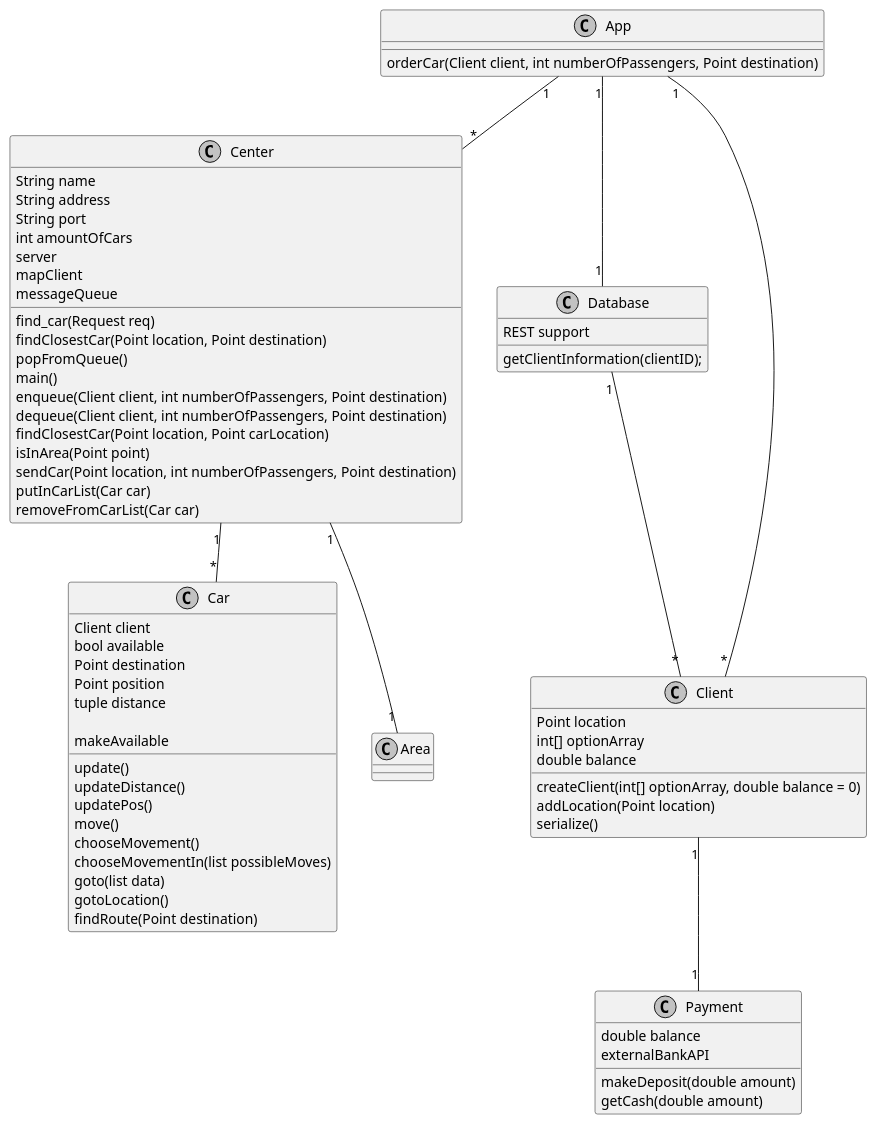
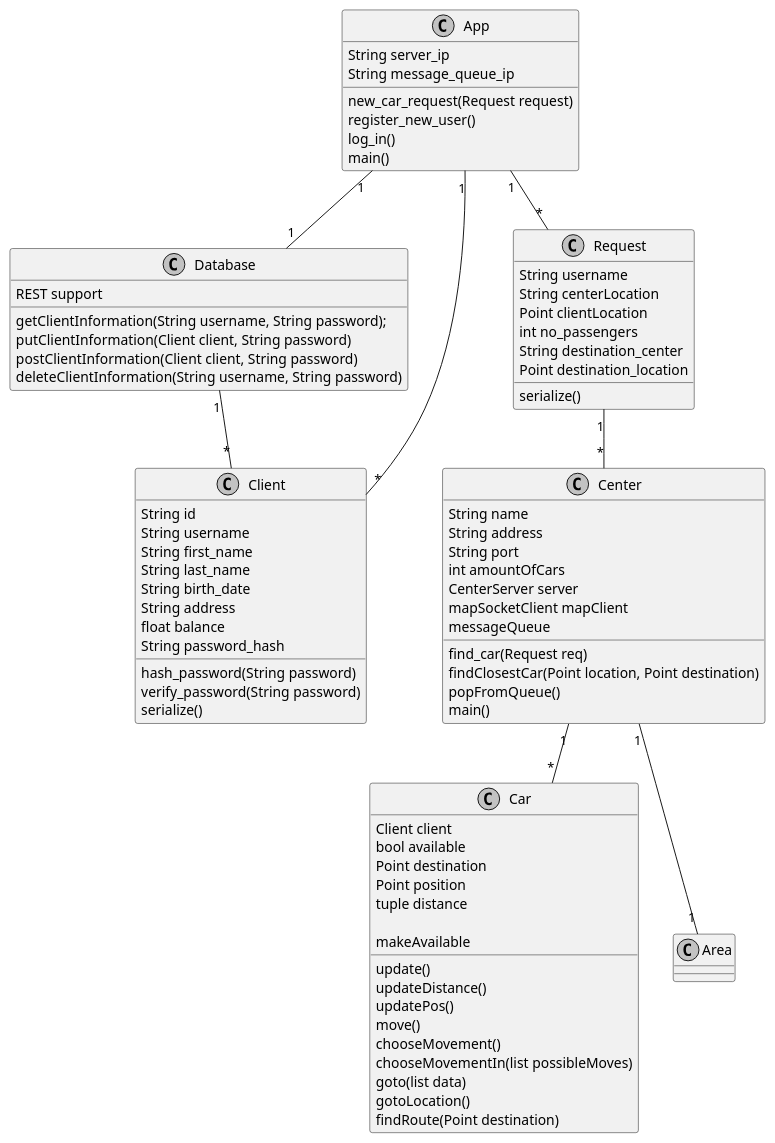
One commit to TwanSchoonen/Networking2018 changed the diagram in Diagrams/classDiagram.org. Above: the diagram before and after it, drawn with PlantUML. The commit also changed 1 other file, not shown here.

Commit message:
classdiagram geadd

```diff
--- a/Diagrams/classDiagram.org
+++ b/Diagrams/classDiagram.org
@@ -29,8 +29,8 @@
   String address
   String port
   int amountOfCars
-  server
-  mapClient
+  CenterServer server
+  mapSocketClient mapClient
   messageQueue
 
   find_car(Request req)
@@ -38,52 +38,60 @@
   popFromQueue()
   main()
 
-
-
-  enqueue(Client client, int numberOfPassengers, Point destination)
-  dequeue(Client client, int numberOfPassengers, Point destination)
-  findClosestCar(Point location, Point carLocation)
-  isInArea(Point point)
-  sendCar(Point location, int numberOfPassengers, Point destination)
-  putInCarList(Car car)
-  removeFromCarList(Car car) 
 }
 
 class Database {
   REST support
-  getClientInformation(clientID);
+  getClientInformation(String username, String password);
+  putClientInformation(Client client, String password)
+  postClientInformation(Client client, String password)
+  deleteClientInformation(String username, String password)
 }
 
 class App {
-  
-  orderCar(Client client, int numberOfPassengers, Point destination)
+  String server_ip
+  String message_queue_ip
+
+  new_car_request(Request request)
+  register_new_user()
+  log_in()
+  main()
 }
 
-class Payment {
-  double balance
-  externalBankAPI
+class Request {
+  String username
+  String centerLocation
+  Point clientLocation
+  int no_passengers
+  String destination_center
+  Point destination_location
 
-  makeDeposit(double amount)
-  getCash(double amount)
+  serialize()
 }
 
+
 class Client {
-  Point location
-  int[] optionArray
-  double balance
+  String id
+  String username
+  String first_name
+  String last_name
+  String birth_date
+  String address
+  float balance
+  String password_hash
 
-  createClient(int[] optionArray, double balance = 0)
-  addLocation(Point location)
+  hash_password(String password)
+  verify_password(String password)
   serialize()
 }
 
 App "1" -- "*" Client
-App "1" -- "*" Center
+App "1" -- "*" Request
+Request "1" -- "*" Center
 Center "1" -- "*" Car
 Center "1" -- "1" Area
 App "1" -- "1" Database
 Database "1" -- "*" Client
-Client "1" -- "1" Payment
 
 @enduml
 #+END_SRC
```
